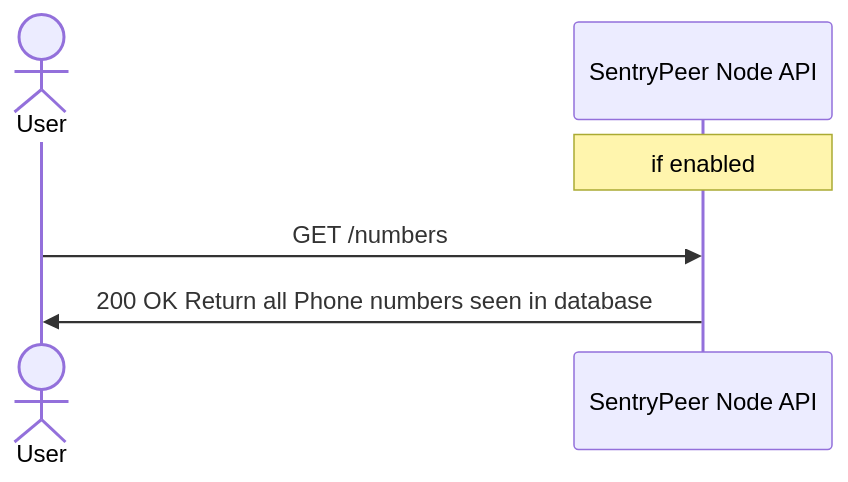
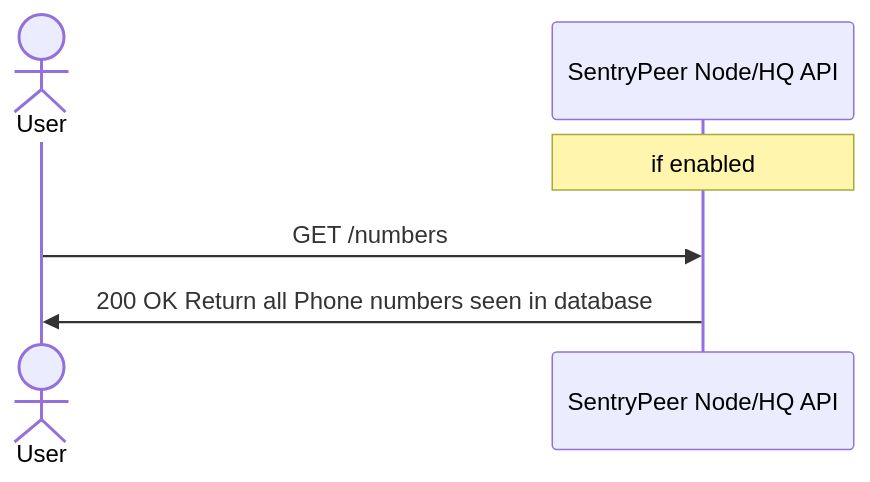
Before and after one commit to SentryPeer/SentryPeer: the third of 4 diagrams in README.md, drawn with Mermaid. The commit also changed other lines of this file, not shown here.

Commit message:
docs: Some mermaid corrections

````diff
--- a/README.md
+++ b/README.md
@@ -126,8 +130,8 @@
 ```mermaid
 sequenceDiagram
     Actor U as User
-    participant S as SentryPeer Node API
+    participant S as SentryPeer Node/HQ API
     Note over S: if enabled
     U->>S: GET /numbers
     S->>U: 200 OK Return all Phone numbers seen in database
 ```
````
